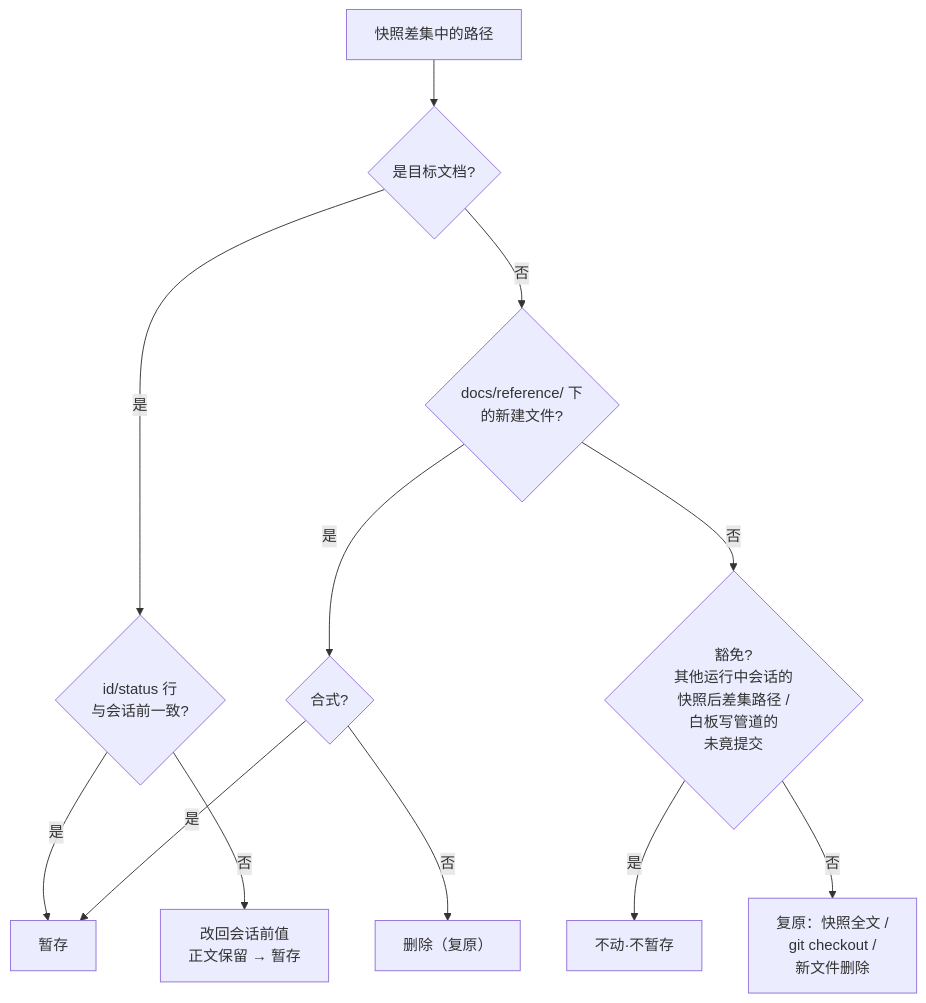
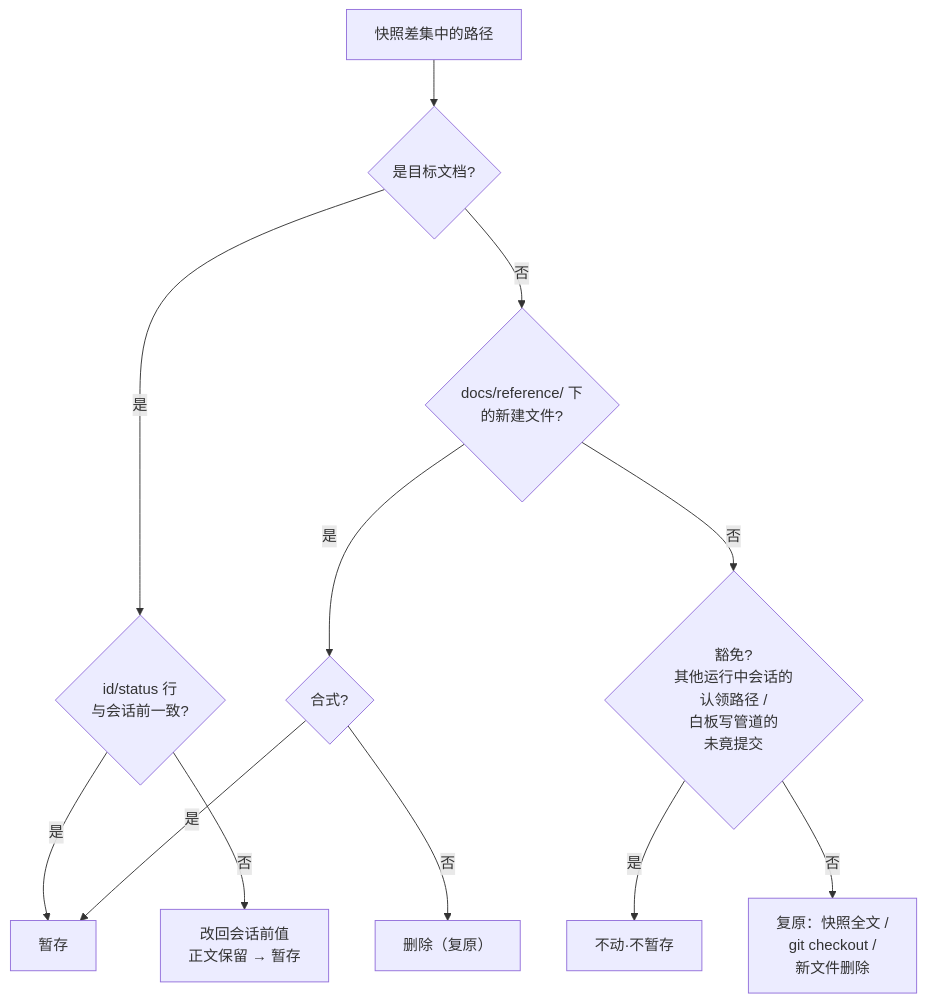
The seventh of 7 diagrams in docs/design/design-00001-docs-whiteboard.md (ryan-alexander-zhang/ai-native-project-template), drawn with Mermaid before and after one commit. The commit also changed other lines of this file and 2 other files, not shown here.

````diff
--- a/docs/design/design-00001-docs-whiteboard.md
+++ b/docs/design/design-00001-docs-whiteboard.md
@@ -985,14 +985,14 @@
   ```mermaid
   flowchart TB
     P[快照差集中的路径] --> T{是目标文档?}
     T -->|是| G{id/status 行<br/>与会话前一致?}
     G -->|是| ST[暂存]
     G -->|否| RG[改回会话前值<br/>正文保留 → 暂存]
     T -->|否| R{docs/reference/ 下<br/>的新建文件?}
     R -->|是| W{合式?}
     W -->|是| ST
     W -->|否| DEL[删除（复原）]
-    R -->|否| EX{豁免?<br/>其他运行中会话的<br/>快照后差集路径 /<br/>白板写管道的<br/>未竟提交}
+    R -->|否| EX{豁免?<br/>其他运行中会话的<br/>认领路径 /<br/>白板写管道的<br/>未竟提交}
     EX -->|是| SKIP[不动·不暂存]
     EX -->|否| RV[复原：快照全文 /<br/>git checkout /<br/>新文件删除]
   ```
````
